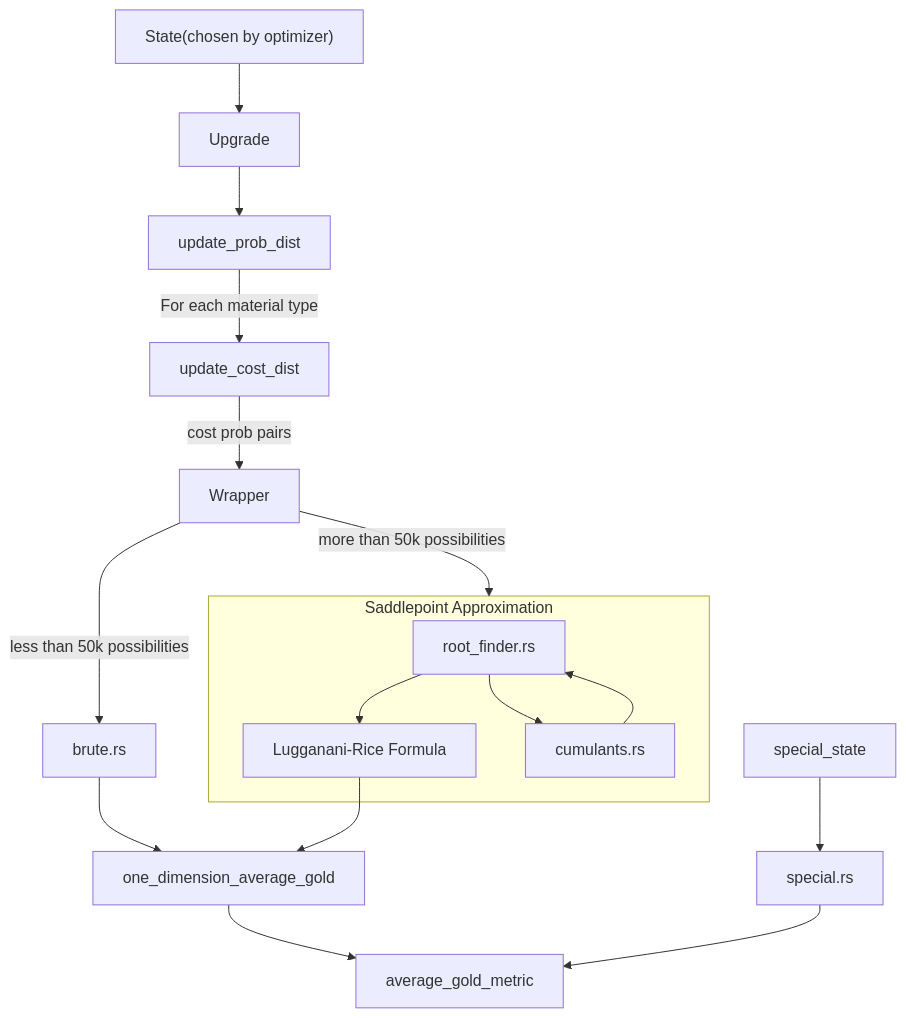
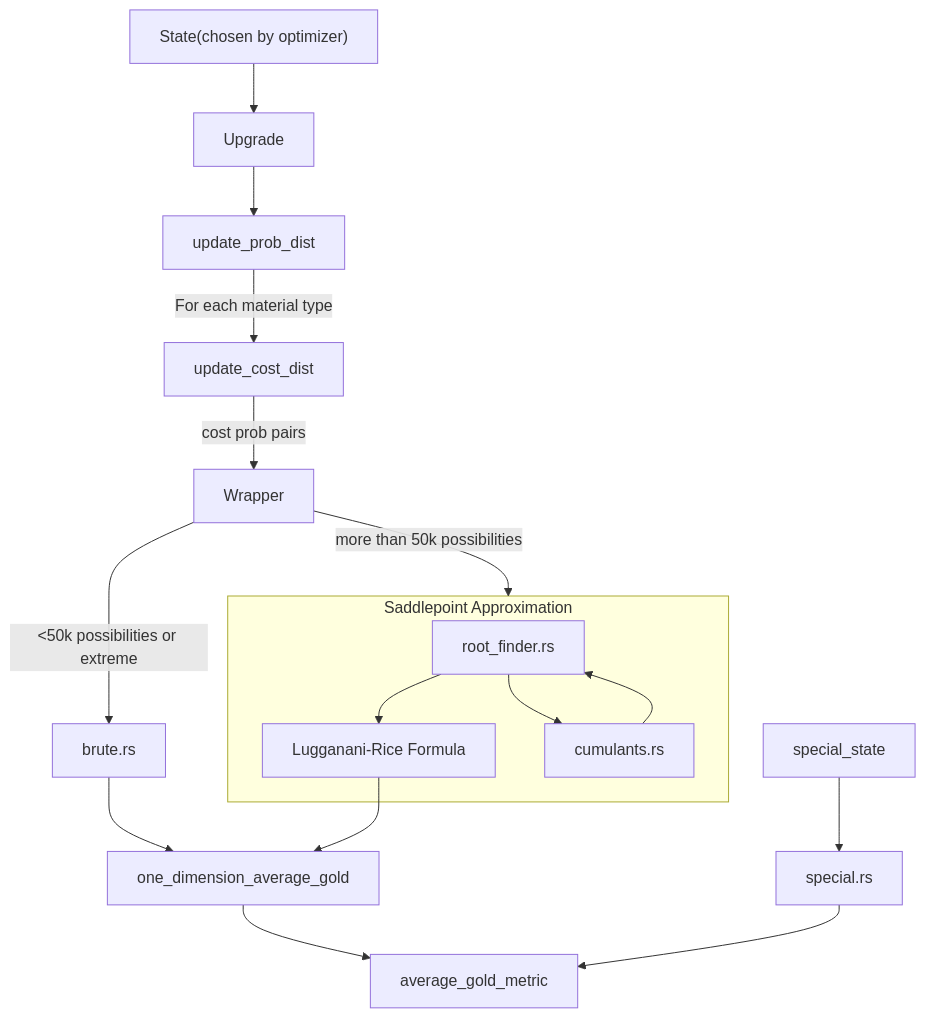
Before and after one commit to Kenivia/Honing-Forecast: the diagram in docs/Average Evaluation.md, drawn with Mermaid. The commit also changed other lines of this file and 1 other file, not shown here.

````diff
--- a/docs/Average Evaluation.md
+++ b/docs/Average Evaluation.md
@@ -11,24 +11,24 @@
 ```mermaid
 flowchart TB
 
 
 State["State(chosen by optimizer)"] --> Upgrade  --> udist[update_prob_dist] -->|For each material type| Support[update_cost_dist] -->|cost prob pairs| Wrapper;
 
-Wrapper --> |less than 50k possibilities| Brute[brute.rs]--> one_dimension_average_gold ; 
+Wrapper --> |<50k possibilities or extreme| Brute[brute.rs]--> one_dimension_average_gold ; 
 
 Wrapper --> |more than 50k possibilities| SA 
 
 subgraph SA[Saddlepoint Approximation]
 RF[root_finder.rs] --> Magic["Lugganani-Rice Formula"] ; 
 
 RF --> cumulants.rs --> RF
 end
 
 Magic --> one_dimension_average_gold
  one_dimension_average_gold --> average_gold_metric;
 
 
 special_state --> special.rs --> average_gold_metric
 
 
 ```
````
